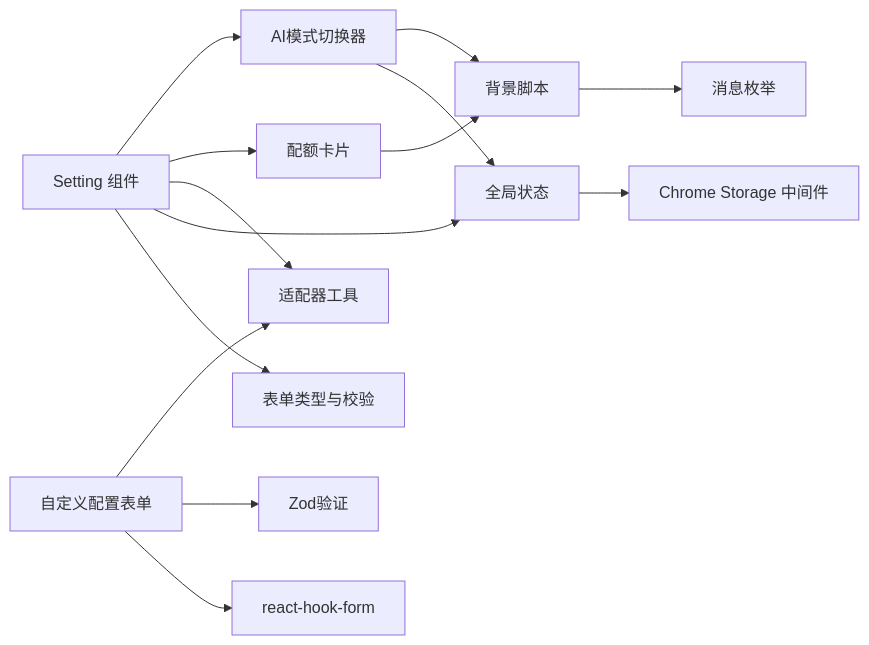
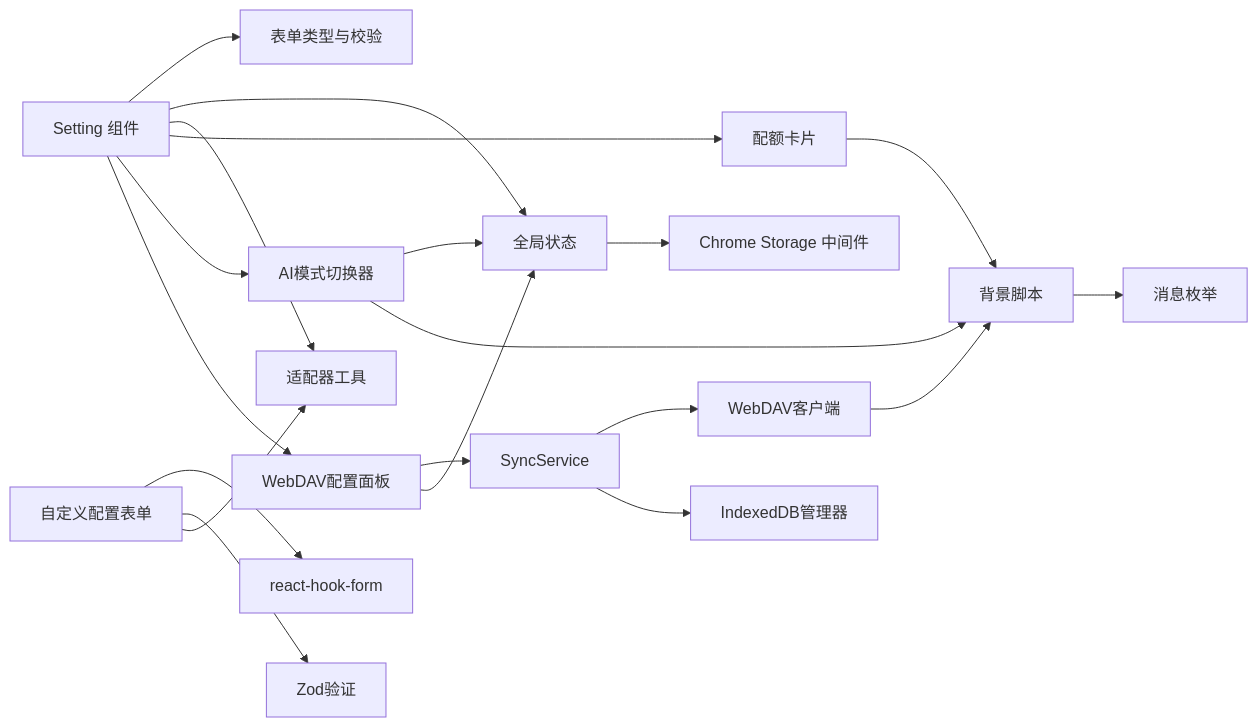
One commit to RadiumAg/bilibili-favorites changed the tenth of 10 diagrams in .qoder/repowiki/zh/content/核心功能模块/配置管理系统.md. Above: the diagram before and after it, drawn with Mermaid. The commit also changed other lines of this file and 10 other files, not shown here.

````diff
--- a/.qoder/repowiki/zh/content/核心功能模块/配置管理系统.md
+++ b/.qoder/repowiki/zh/content/核心功能模块/配置管理系统.md
@@ -372,16 +502,22 @@
 ```mermaid
 graph LR
 Setting["Setting 组件"] --> Types["表单类型与校验"]
 Setting --> Store["全局状态"]
 Setting --> Util["适配器工具"]
 Setting --> Quota["配额卡片"]
 Setting --> Switch["AI模式切换器"]
+Setting --> WebDAVPanel["WebDAV配置面板"]
 Switch --> Store
 Switch --> BG["背景脚本"]
 Quota --> BG
+WebDAVPanel --> SyncService["SyncService"]
+WebDAVPanel --> Store
+SyncService --> WebDAVClient["WebDAV客户端"]
+SyncService --> IndexedDB["IndexedDB管理器"]
+WebDAVClient --> BG
 BG --> Msg["消息枚举"]
 Store --> MW["Chrome Storage 中间件"]
 CustomForm["自定义配置表单"] --> ReactHookForm["react-hook-form"]
 CustomForm --> ZodValidation["Zod验证"]
 CustomForm --> Util
 ```
````
